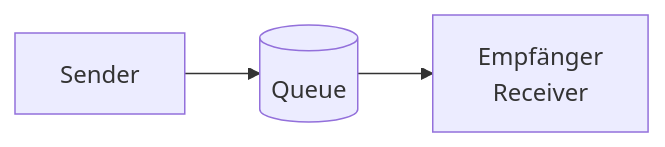
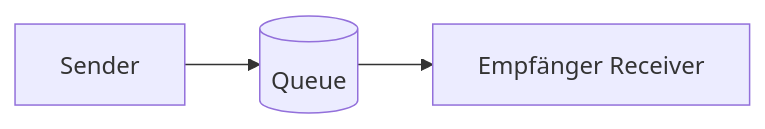
The second of 5 diagrams in Microsoft 365/Azure/Integration und Messaging/Azure Service Bus.md (SoniiiT/notes-n-docs), drawn with Mermaid before and after one commit. The commit also changed other lines of this file and 124 other files, not shown here.

First line of the commit message:
fix: Entferne \n aus allen Mermaid-Diagrammen (125 Dateien)

````diff
--- a/Microsoft 365/Azure/Integration und Messaging/Azure Service Bus.md
+++ b/Microsoft 365/Azure/Integration und Messaging/Azure Service Bus.md
@@ -38,5 +38,5 @@
 ```mermaid
 flowchart LR
     S[Sender] --> Q[(Queue)]
-    Q --> R[Empfänger\nReceiver]
+    Q --> R[Empfänger Receiver]
 ```
````
